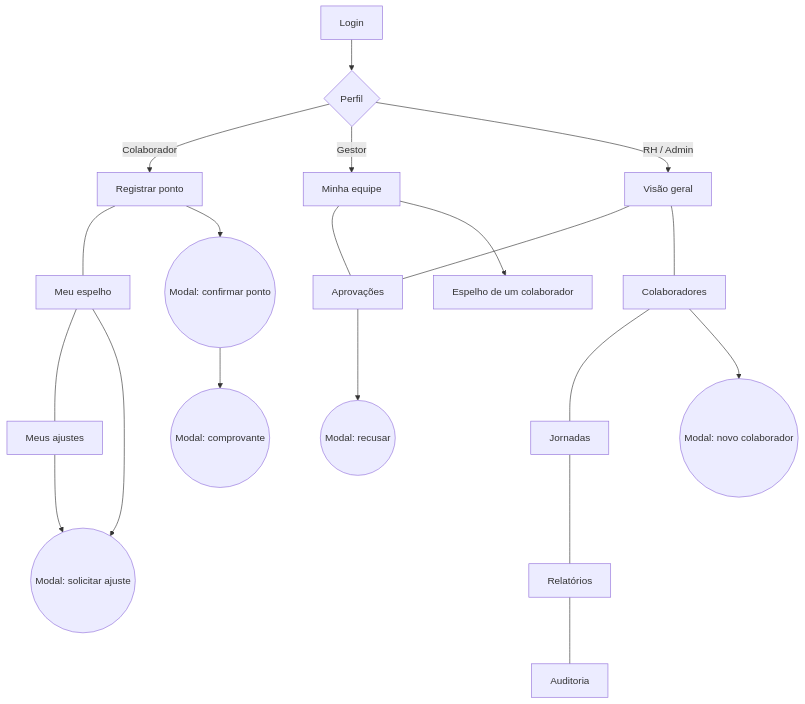
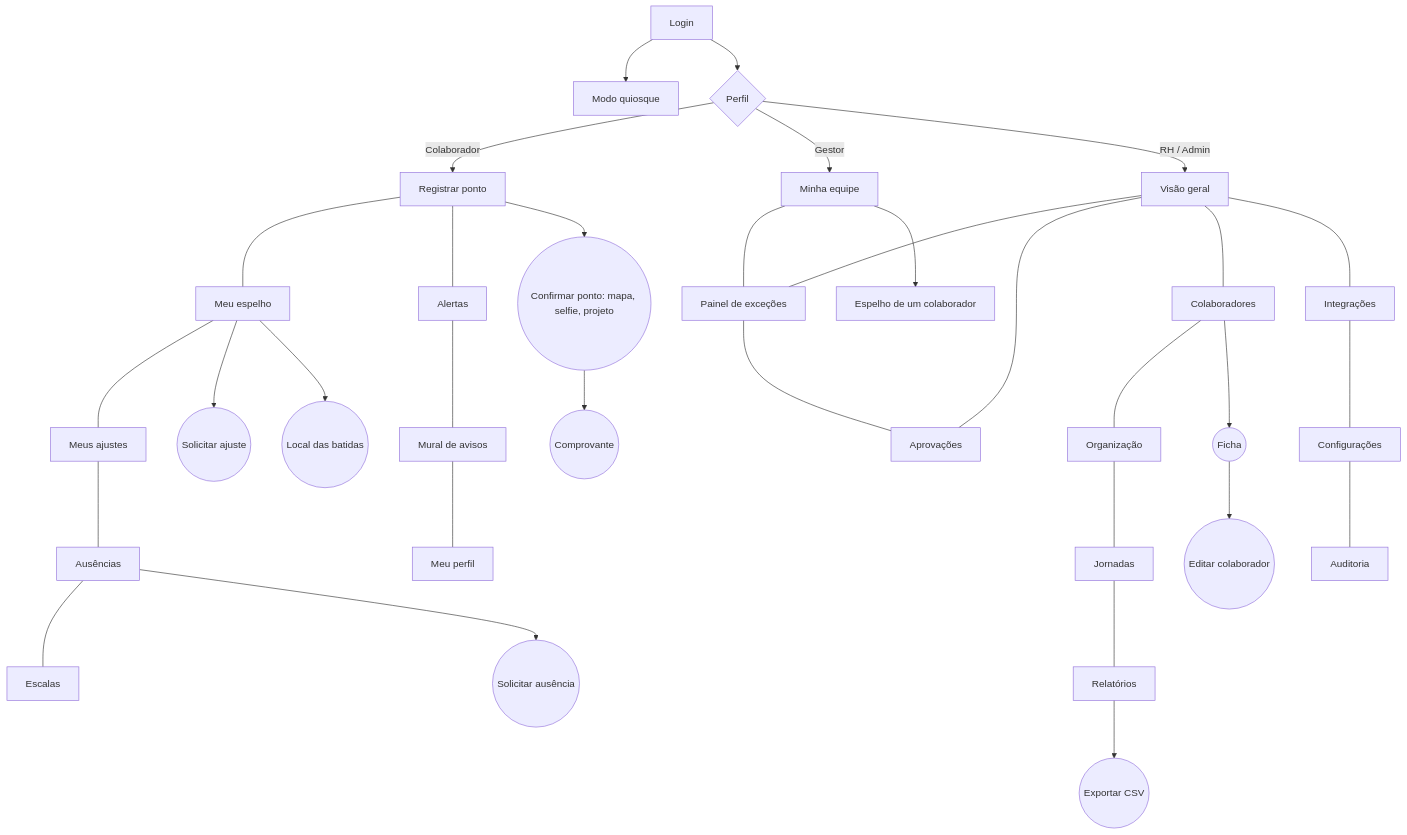
Before and after one commit to GuedesIgor/AxSys-IT: the diagram in docs/05-paginas-e-layout.md, drawn with Mermaid. The commit also changed other lines of this file and 11 other files, not shown here.

First line of the commit message:
Benchmark de 10 sistemas de ponto, ficha completa do colaborador e protótipo v4

````diff
--- a/docs/05-paginas-e-layout.md
+++ b/docs/05-paginas-e-layout.md
@@ -7,18 +7,26 @@
 ```mermaid
 flowchart TD
-    L[Login] --> P{Perfil}
+    L[Login] --> Q[Modo quiosque]
+    L --> P{Perfil}
     P -->|Colaborador| PT[Registrar ponto]
     P -->|Gestor| EQ[Minha equipe]
     P -->|RH / Admin| VG[Visão geral]
 
-    PT --- ES[Meu espelho] --- MA[Meus ajustes]
-    EQ --- AP[Aprovações]
+    PT --- ES[Meu espelho] --- MA[Meus ajustes] --- AU[Ausências] --- EC[Escalas]
+    PT --- AL[Alertas] --- MU[Mural de avisos] --- PF[Meu perfil]
+
+    EQ --- EX[Painel de exceções] --- AP[Aprovações]
     EQ --> EE[Espelho de um colaborador]
+
+    VG --- EX
     VG --- AP
-    VG --- CO[Colaboradores] --- JO[Jornadas] --- RE[Relatórios] --- AU[Auditoria]
-    ES --> MJ((Modal: solicitar ajuste))
-    MA --> MJ
-    PT --> MC((Modal: confirmar ponto)) --> CP((Modal: comprovante))
-    CO --> MN((Modal: novo colaborador))
-    AP --> MR((Modal: recusar))
+    VG --- CO[Colaboradores] --- OR[Organização] --- JO[Jornadas] --- RE[Relatórios]
+    VG --- IN[Integrações] --- CF[Configurações] --- AD[Auditoria]
+
+    PT --> MC((Confirmar ponto: mapa, selfie, projeto)) --> CP((Comprovante))
+    ES --> MJ((Solicitar ajuste))
+    ES --> ML((Local das batidas))
+    AU --> MS((Solicitar ausência))
+    CO --> MF((Ficha)) --> ME((Editar colaborador))
+    RE --> MX((Exportar CSV))
 ```
````
